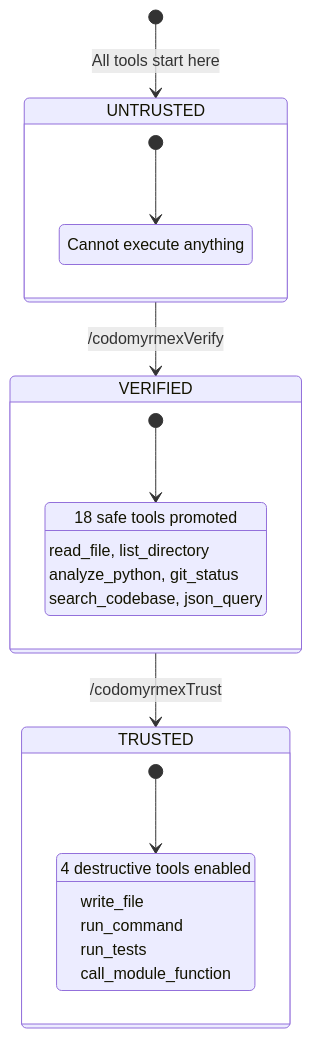
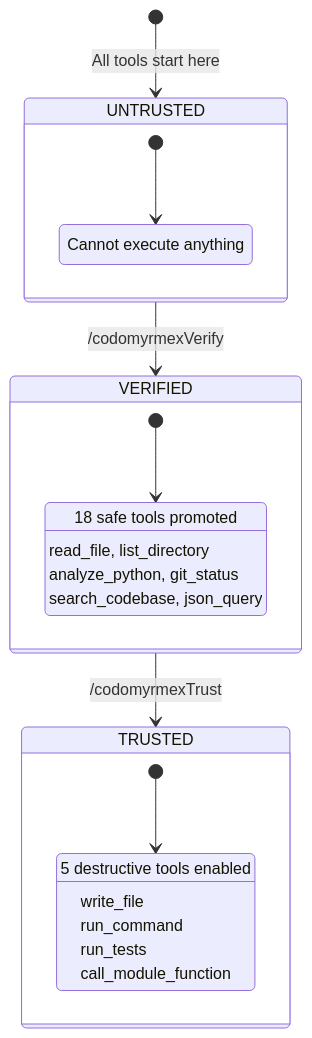
One commit to docxology/codomyrmex changed the sixth of 11 diagrams in docs/getting-started/GETTING_STARTED_WITH_AGENTS.md. Above: the diagram before and after it, drawn with Mermaid. The commit also changed other lines of this file and 44 other files, not shown here.

````diff
--- a/docs/getting-started/GETTING_STARTED_WITH_AGENTS.md
+++ b/docs/getting-started/GETTING_STARTED_WITH_AGENTS.md
@@ -364,28 +364,28 @@
 ```mermaid
 stateDiagram-v2
     [*] --> UNTRUSTED: All tools start here
     UNTRUSTED --> VERIFIED: /codomyrmexVerify
     VERIFIED --> TRUSTED: /codomyrmexTrust
 
     state UNTRUSTED {
         [*] --> Blocked
         Blocked: Cannot execute anything
     }
 
     state VERIFIED {
         [*] --> SafeOps
         SafeOps: 18 safe tools promoted
         SafeOps: read_file, list_directory
         SafeOps: analyze_python, git_status
         SafeOps: search_codebase, json_query
     }
 
     state TRUSTED {
         [*] --> FullAccess
-        FullAccess: 4 destructive tools enabled
+        FullAccess: 5 destructive tools enabled
         FullAccess: write_file
         FullAccess: run_command
         FullAccess: run_tests
         FullAccess: call_module_function
     }
 ```
````
